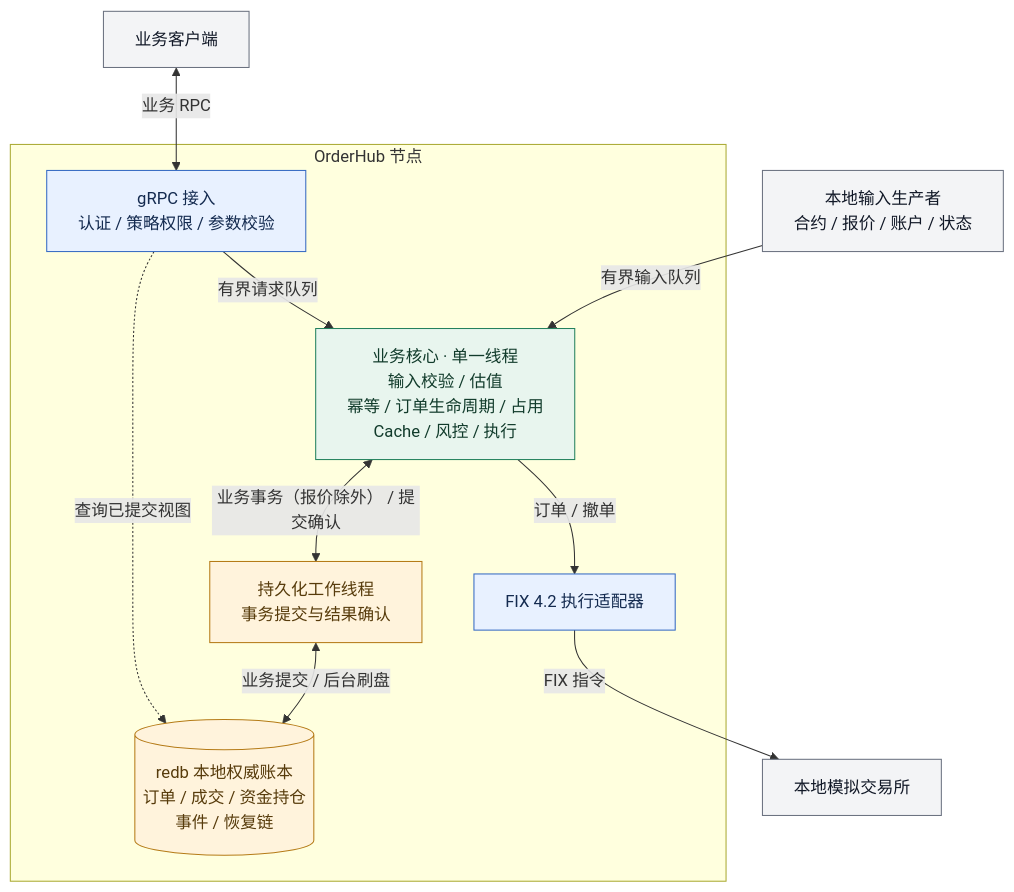
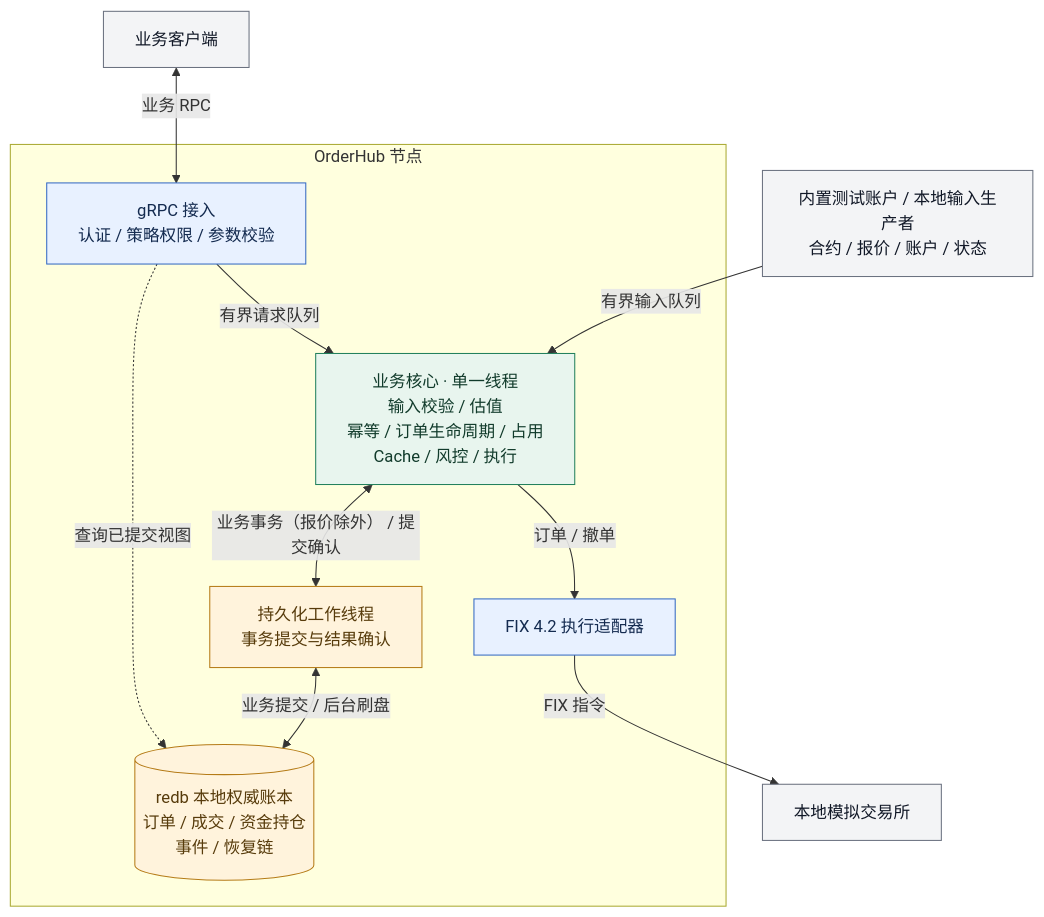
The first of 3 diagrams in README.md (kmind-git/OrderHub), drawn with Mermaid before and after one commit. The commit also changed other lines of this file and 17 other files, not shown here.

````diff
--- a/README.md
+++ b/README.md
@@ -63,32 +72,32 @@
 ```mermaid
 flowchart TB
     Client["业务客户端"]
-    Source["本地输入生产者<br/>合约 / 报价 / 账户 / 状态"]
+    Source["内置测试账户 / 本地输入生产者<br/>合约 / 报价 / 账户 / 状态"]
     Venue["本地模拟交易所"]
 
     subgraph Node["OrderHub 节点"]
         API["gRPC 接入<br/>认证 / 策略权限 / 参数校验"]
         Core["业务核心 · 单一线程<br/>输入校验 / 估值<br/>幂等 / 订单生命周期 / 占用<br/>Cache / 风控 / 执行"]
         Writer["持久化工作线程<br/>事务提交与结果确认"]
         DB[("redb 本地权威账本<br/>订单 / 成交 / 资金持仓<br/>事件 / 恢复链")]
         FIX["FIX 4.2 执行适配器"]
     end
 
     Client <-->|"业务 RPC"| API
     Source -->|"有界输入队列"| Core
     API -->|"有界请求队列"| Core
     Core <-->|"业务事务（报价除外） / 提交确认"| Writer
     Writer <-->|"业务提交 / 后台刷盘"| DB
     API -.->|"查询已提交视图"| DB
     Core -->|"订单 / 撤单"| FIX
     FIX -->|"FIX 指令"| Venue
 
     classDef external fill:#f3f4f6,stroke:#6b7280,color:#111827
     classDef entry fill:#e8f1ff,stroke:#356ac3,color:#142b50
     classDef business fill:#e8f5ee,stroke:#23815d,color:#113b2b
     classDef storage fill:#fff3dc,stroke:#b57b17,color:#573b0b
     class Client,Source,Venue external
     class API,FIX entry
     class Core business
     class Writer,DB storage
 ```
````
